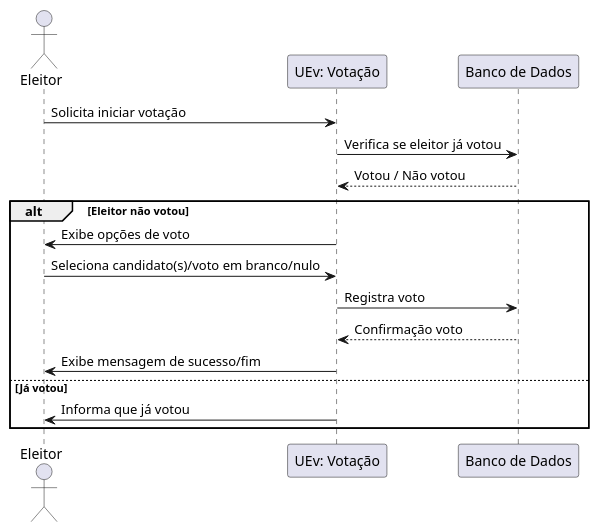
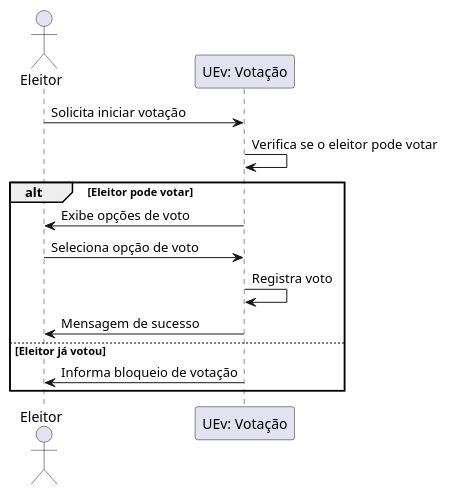
The diagram in votar.pu (LarissaFiuza7/Projeto-Elei-o), drawn with PlantUML before and after one commit. The commit also changed 5 other files, not shown here.

Commit message:
diagrama sequencia v2

```diff
--- a/votar.pu
+++ b/votar.pu
@@ -1,18 +1,15 @@
 @startuml
 actor "Eleitor" as Eleitor
 participant "UEv: Votação" as UEV
-participant "Banco de Dados" as BD
 
 Eleitor -> UEV : Solicita iniciar votação
-UEV -> BD : Verifica se eleitor já votou
-BD --> UEV : Votou / Não votou
-alt Eleitor não votou
+UEV -> UEV : Verifica se o eleitor pode votar
+alt Eleitor pode votar
     UEV -> Eleitor : Exibe opções de voto
-    Eleitor -> UEV : Seleciona candidato(s)/voto em branco/nulo
-    UEV -> BD : Registra voto
-    BD --> UEV : Confirmação voto
-    UEV -> Eleitor : Exibe mensagem de sucesso/fim
-else Já votou
-    UEV -> Eleitor : Informa que já votou
+    Eleitor -> UEV : Seleciona opção de voto
+    UEV -> UEV : Registra voto
+    UEV -> Eleitor : Mensagem de sucesso
+else Eleitor já votou
+    UEV -> Eleitor : Informa bloqueio de votação
 end
 @enduml
```
